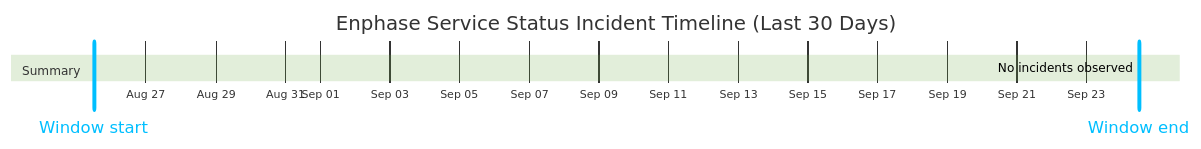
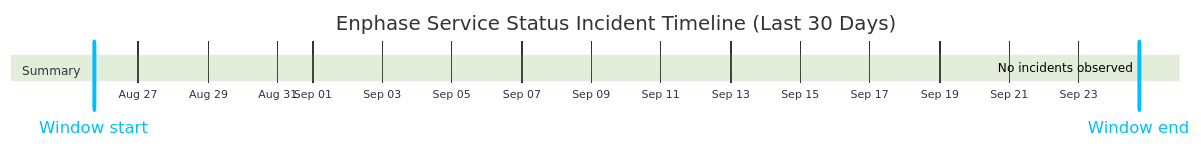
Before and after one commit to barneyonline/ha-enphase-energy: the diagram in wiki/Service-Status-History.md, drawn with Mermaid (forest theme). The commit also changed other lines of this file and 3 other files, not shown here.

````diff
--- a/wiki/Service-Status-History.md
+++ b/wiki/Service-Status-History.md
@@ -14,10 +14,10 @@
 ```mermaid
 gantt
     title Enphase Service Status Incident Timeline (Last 30 Days)
     dateFormat  YYYY-MM-DDTHH:mm:ss
     axisFormat  %b %d
-    Window start :vert, window-start, 2026-08-25T12:07:12, 0ms
-    Window end :vert, window-end, 2026-09-24T12:07:12, 0ms
+    Window start :vert, window-start, 2026-08-25T17:26:33, 0ms
+    Window end :vert, window-end, 2026-09-24T17:26:33, 0ms
     section Summary
-    No incidents observed :done, 2026-09-24T12:07:12, 1m
+    No incidents observed :done, 2026-09-24T17:26:33, 1m
 ```
````
